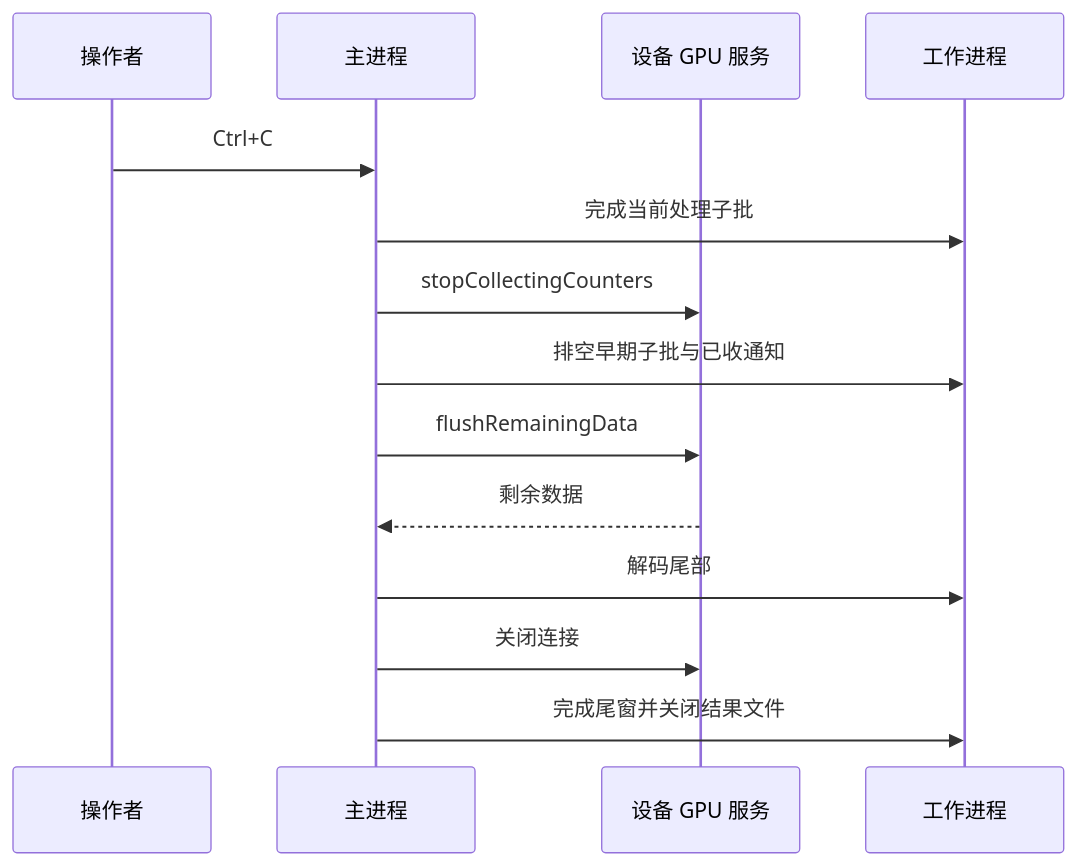
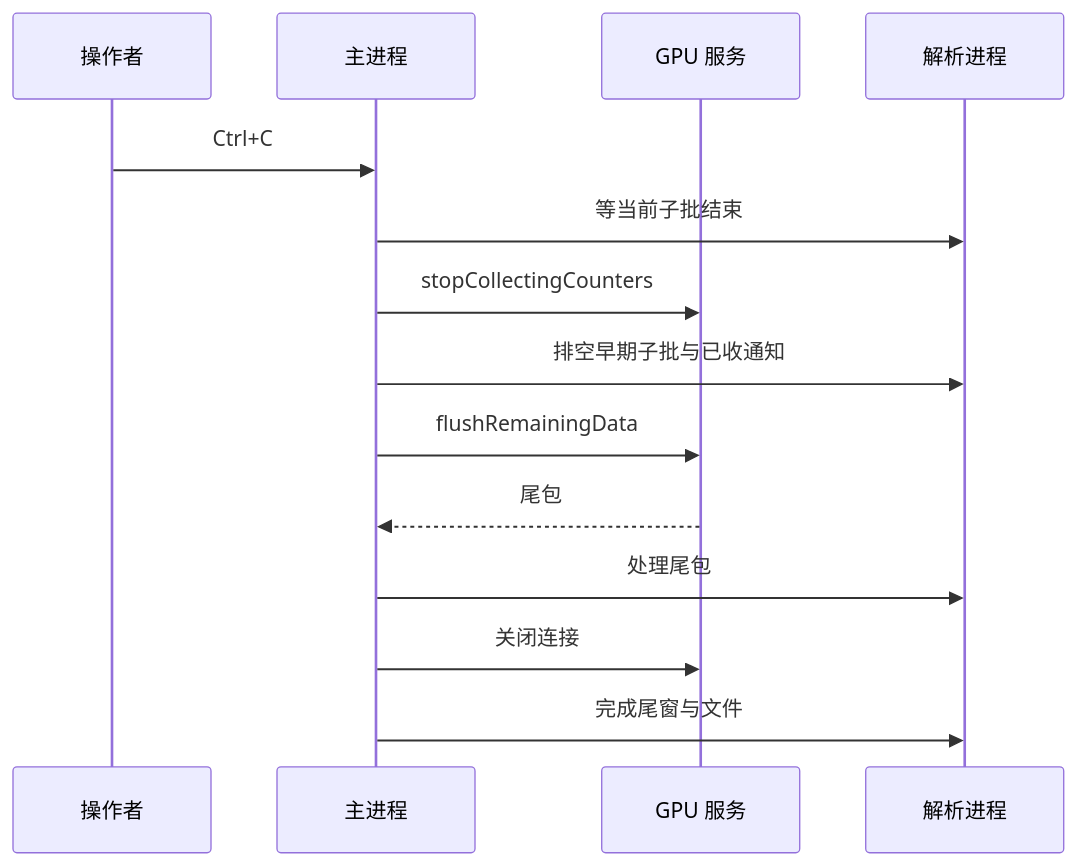
Before and after one commit to MeLoDytonghua/iOS_GPU_Counter: the second of 2 diagrams in docs/TECHNICAL_GUIDE.md, drawn with Mermaid. The commit also changed other lines of this file and 4 other files, not shown here.

Commit message:
refactor: clarify decoding flow and remove unreachable settings

````diff
--- a/docs/TECHNICAL_GUIDE.md
+++ b/docs/TECHNICAL_GUIDE.md
@@ -376,16 +260,16 @@
 ```mermaid
 sequenceDiagram
     participant U as 操作者
     participant P as 主进程
-    participant D as 设备 GPU 服务
-    participant W as 工作进程
+    participant D as GPU 服务
+    participant W as 解析进程
     U->>P: Ctrl+C
-    P->>W: 完成当前处理子批
+    P->>W: 等当前子批结束
     P->>D: stopCollectingCounters
     P->>W: 排空早期子批与已收通知
     P->>D: flushRemainingData
-    D-->>P: 剩余数据
-    P->>W: 解码尾部
+    D-->>P: 尾包
+    P->>W: 处理尾包
     P->>D: 关闭连接
-    P->>W: 完成尾窗并关闭结果文件
+    P->>W: 完成尾窗与文件
 ```
````
